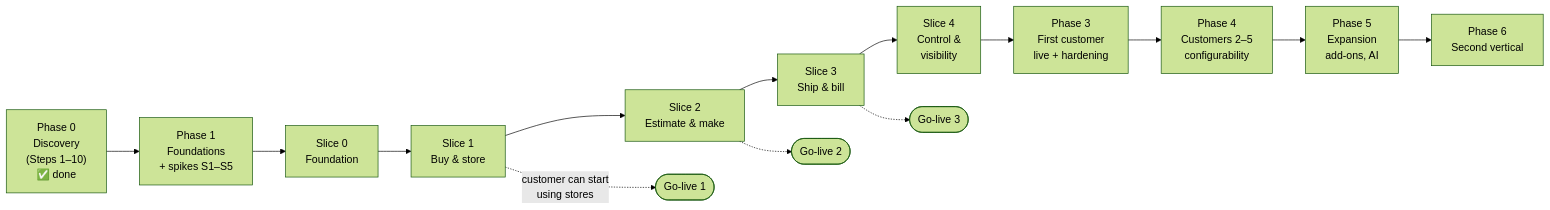
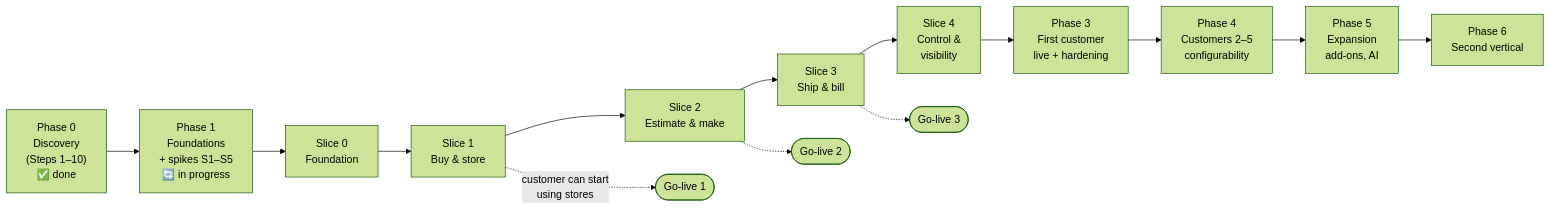
One commit to adityayadav30561-rgb/MASTER-ERP changed the diagram in docs/02-blueprint/ROADMAP-AND-MVP.md. Above: the diagram before and after it, drawn with Mermaid (forest theme). The commit also changed other lines of this file and 22 other files, not shown here.

````diff
--- a/docs/02-blueprint/ROADMAP-AND-MVP.md
+++ b/docs/02-blueprint/ROADMAP-AND-MVP.md
@@ -25,16 +25,16 @@
 ```mermaid
 flowchart LR
-    P0["Phase 0<br/>Discovery<br/>(Steps 1–10)<br/>✅ done"] --> P1["Phase 1<br/>Foundations<br/>+ spikes S1–S5"]
+    P0["Phase 0<br/>Discovery<br/>(Steps 1–10)<br/>✅ done"] --> P1["Phase 1<br/>Foundations<br/>+ spikes S1–S5<br/>🔄 in progress"]
     P1 --> S0["Slice 0<br/>Foundation"]
     S0 --> S1["Slice 1<br/>Buy & store"]
     S1 --> S2["Slice 2<br/>Estimate & make"]
     S2 --> S3["Slice 3<br/>Ship & bill"]
     S3 --> S4["Slice 4<br/>Control &<br/>visibility"]
     S4 --> P3["Phase 3<br/>First customer<br/>live + hardening"]
     P3 --> P4["Phase 4<br/>Customers 2–5<br/>configurability"]
     P4 --> P5["Phase 5<br/>Expansion<br/>add-ons, AI"]
     P5 --> P6["Phase 6<br/>Second vertical"]
     S1 -.->|"customer can start<br/>using stores"| GL1(["Go-live 1"])
     S2 -.-> GL2(["Go-live 2"])
     S3 -.-> GL3(["Go-live 3"])
 ```
````
